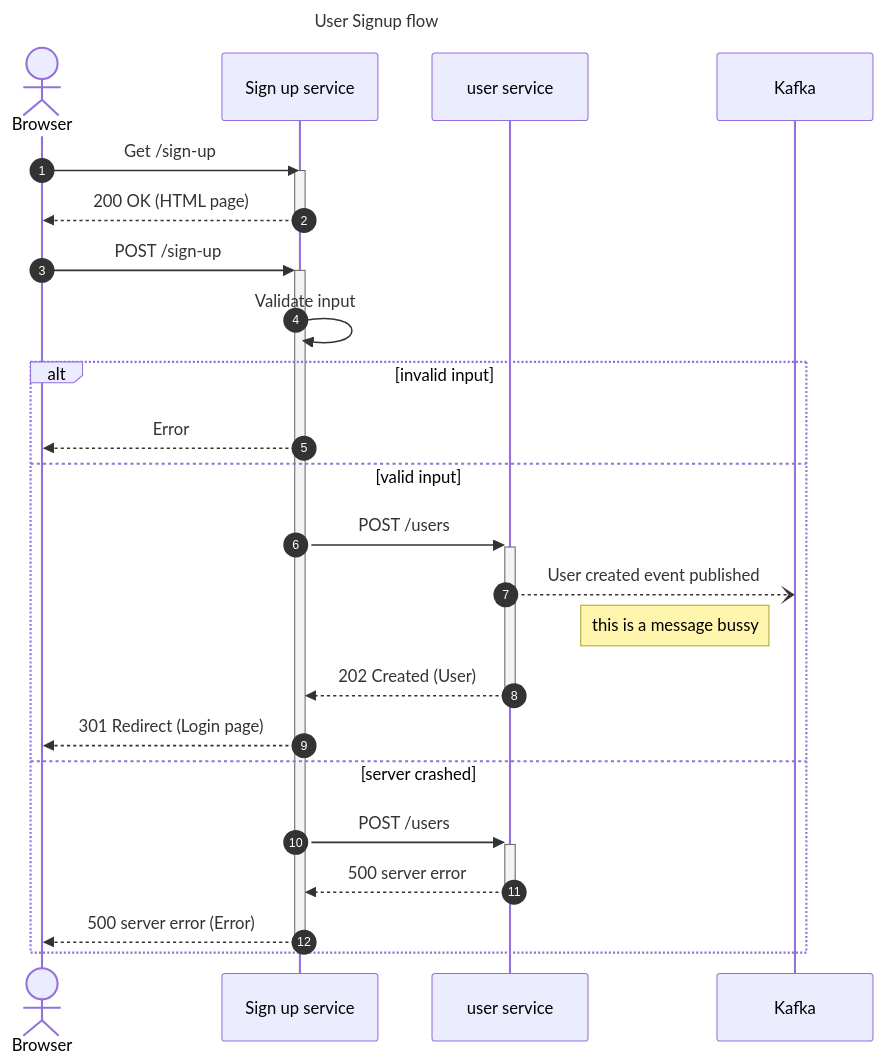
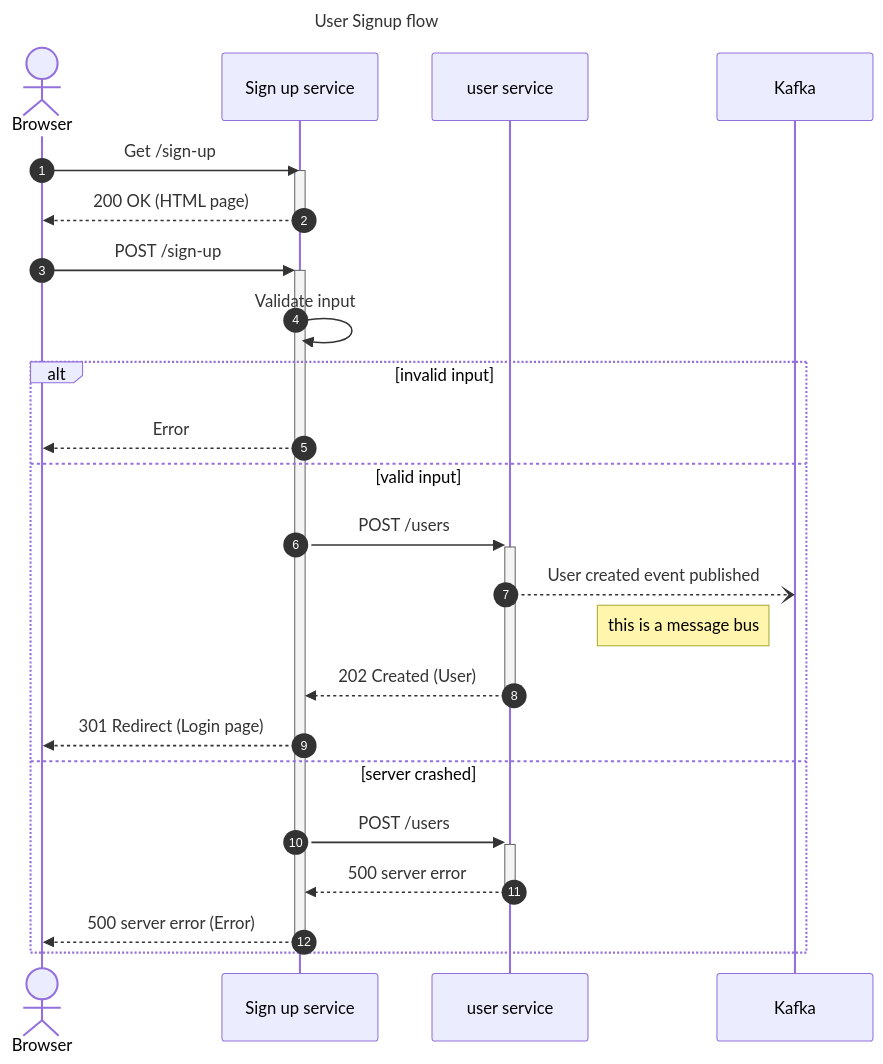
The diagram in sequence-diagrams.md (rianfowler/modern-diagramming-techniques-notes), drawn with Mermaid before and after one commit.

````diff
--- a/sequence-diagrams.md
+++ b/sequence-diagrams.md
@@ -3,33 +3,33 @@
 ```mermaid
 sequenceDiagram
   autonumber
   title User Signup flow
   actor B as Browser
   participant SUS as Sign up service
   participant US as user service
   links US: {"Repo": "https://www.example.com/repository"}
   participant Kafka
   
   B->>SUS: Get /sign-up
   activate SUS
   SUS-->>B: 200 OK (HTML page)
   deactivate SUS
   
   B->>+SUS: POST /sign-up
   SUS->>SUS: Validate input 
   
   alt invalid input 
     SUS-->>B: Error
   else valid input 
     SUS->>+US: POST /users
     US--)Kafka: User created event published 
-    Note left of Kafka: this is a message bussy 
+    Note left of Kafka: this is a message bus 
     US-->>-SUS: 202 Created (User)
     SUS-->>B: 301 Redirect (Login page)
   else server crashed 
       SUS->>+US: POST /users
       US-->>-SUS: 500 server error 
       SUS-->>-B: 500 server error (Error)
   end
 
 ```
````
